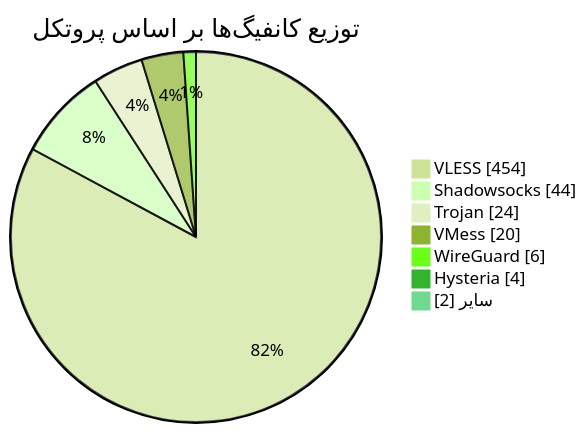
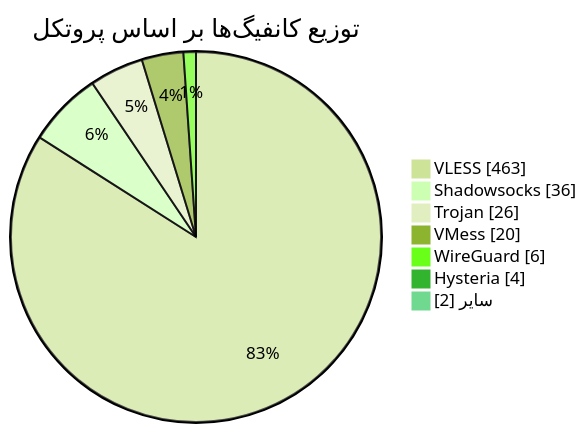
Before and after one commit to Arian-Alijani/Somthing: the diagram in README.md, drawn with Mermaid (forest theme). The commit also changed other lines of this file and 89 other files, not shown here.

````diff
--- a/README.md
+++ b/README.md
@@ -49,11 +49,11 @@
 ```mermaid
 pie showData
     title توزیع کانفیگ‌ها بر اساس پروتکل
-    "VLESS" : 454
-    "Shadowsocks" : 44
-    "Trojan" : 24
+    "VLESS" : 463
+    "Shadowsocks" : 36
+    "Trojan" : 26
     "VMess" : 20
     "WireGuard" : 6
     "Hysteria" : 4
     "سایر" : 2
 ```
````
